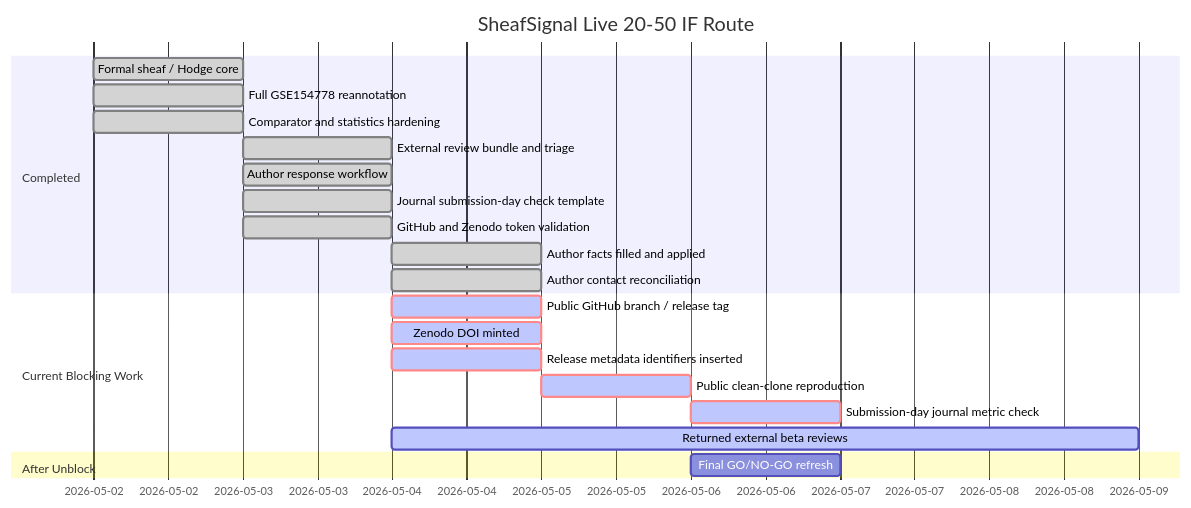
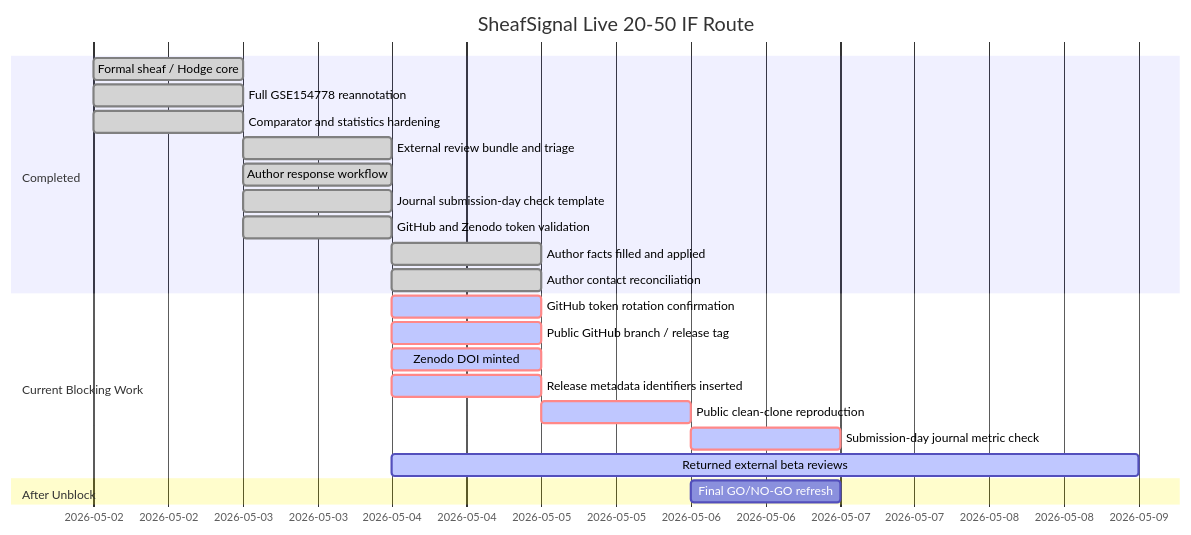
One commit to healthgreat/SheafSignal changed the diagram in manuscript/SHEAFSIGNAL_LIVE_GANTT_STATUS.md. Above: the diagram before and after it, drawn with Mermaid. The commit also changed other lines of this file and 12 other files, not shown here.

Commit message:
Add GitHub token rotation release gate

````diff
--- a/manuscript/SHEAFSIGNAL_LIVE_GANTT_STATUS.md
+++ b/manuscript/SHEAFSIGNAL_LIVE_GANTT_STATUS.md
@@ -12,27 +12,28 @@
 ```mermaid
 gantt
     title SheafSignal Live 20-50 IF Route
     dateFormat  YYYY-MM-DD
 
     section Completed
     Formal sheaf / Hodge core                 :done, 2026-05-02, 1d
     Full GSE154778 reannotation               :done, 2026-05-02, 1d
     Comparator and statistics hardening       :done, 2026-05-02, 1d
     External review bundle and triage         :done, 2026-05-03, 1d
     Author response workflow                  :done, 2026-05-03, 1d
     Journal submission-day check template     :done, 2026-05-03, 1d
     GitHub and Zenodo token validation        :done, 2026-05-03, 1d
     Author facts filled and applied           :done, 2026-05-04, 1d
     Author contact reconciliation             :done, 2026-05-04, 1d
 
     section Current Blocking Work
+    GitHub token rotation confirmation        :crit, active, 2026-05-04, 1d
     Public GitHub branch / release tag        :crit, active, 2026-05-04, 1d
     Zenodo DOI minted                         :crit, active, 2026-05-04, 1d
     Release metadata identifiers inserted     :crit, active, 2026-05-04, 1d
     Public clean-clone reproduction           :crit, active, 2026-05-05, 1d
     Submission-day journal metric check       :crit, active, 2026-05-06, 1d
     Returned external beta reviews            :active, 2026-05-04, 5d
 
     section After Unblock
     Final GO/NO-GO refresh                    :2026-05-06, 1d
 ```
````
